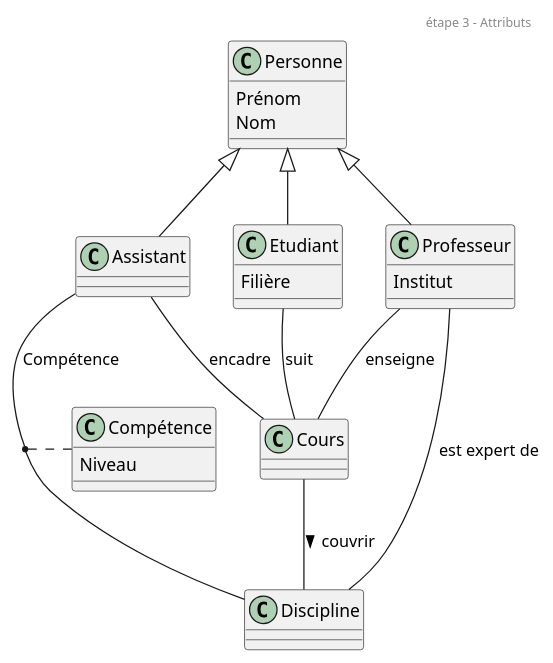
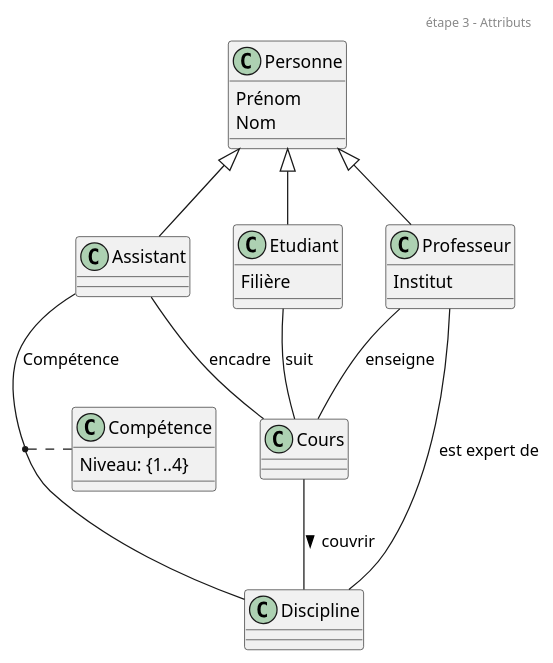
One commit to pdl-classroom/uml-classe-haute-ecole-corrige changed the diagram in uml/03-attributs.puml. Above: the diagram before and after it, drawn with PlantUML. The commit also changed 3 other files, not shown here.

```diff
--- a/uml/03-attributs.puml
+++ b/uml/03-attributs.puml
@@ -1,43 +1,43 @@
 @startuml Attributs
 header étape 3 - Attributs
 
 class Personne {
     Prénom
     Nom
 }
 
 class Assistant
 
 class Professeur{
     Institut
 }
 
 class Etudiant{
     Filière
 }
 
 class Discipline
 
 class Cours
 
 class Compétence{
-    Niveau
+    Niveau: {1..4}
 }
 
 Personne <|-- Assistant
 Personne <|-- Professeur
 Personne <|-- Etudiant
 
 Assistant -- Discipline : Compétence
 Assistant -- Cours : encadre
 
 Professeur -- Discipline : est expert de
 Professeur -- Cours : enseigne
 
 Etudiant -- Cours : suit
 
 Cours -- Discipline : couvrir >
 
 (Assistant, Discipline) .. Compétence
 
 @enduml
```
